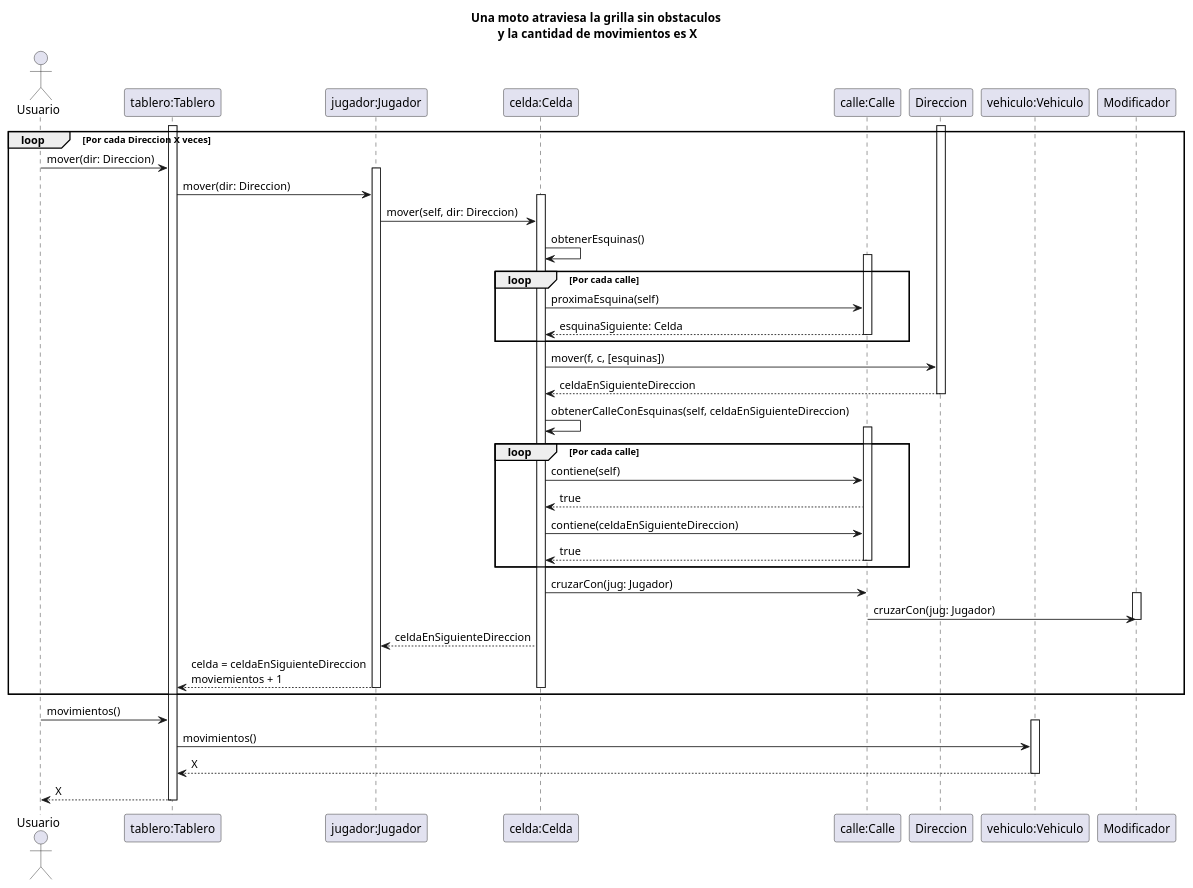
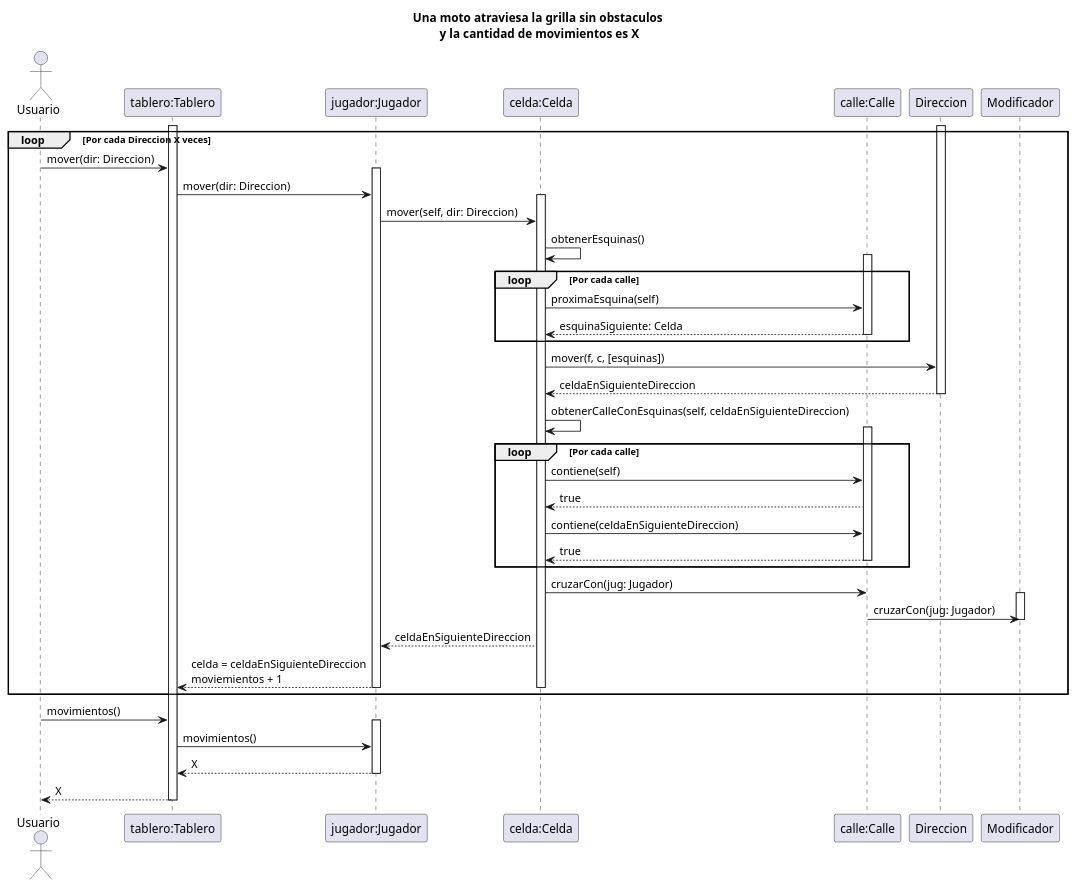
Before and after one commit to tomasayala/algo3_tp2_1C2022: the first of 3 diagrams in diagrams/classes/modelo_inicial/secuencia_ejemplo.plantuml, drawn with PlantUML. The commit also changed 10 other files, not shown here.

Commit message:
Se corrigen inconsistencias entre diagrama de clase y secuencia

```diff
--- a/diagrams/classes/modelo_inicial/secuencia_ejemplo.plantuml
+++ b/diagrams/classes/modelo_inicial/secuencia_ejemplo.plantuml
@@ -1,89 +1,88 @@
 @startuml sec-moto-atraviesa-grilla-sin-obs
 
 title Una moto atraviesa la grilla sin obstaculos\n y la cantidad de movimientos es X
 
 Actor Usuario as user
 participant "tablero:Tablero" as tablero
 participant "jugador:Jugador" as jugador
 participant "celda:Celda" as celda
 participant "calle:Calle" as calle
 participant "Direccion" as direccion
-participant "vehiculo:Vehiculo" as vehiculo
 participant "Modificador" as modificador
 
 activate tablero
 
 loop Por cada Direccion X veces
 
     user -> tablero: mover(dir: Direccion)
     
     activate jugador
     
     tablero -> jugador: mover(dir: Direccion)
 
     activate celda
 
     jugador -> celda: mover(self, dir: Direccion)
     celda -> celda: obtenerEsquinas()
 
     loop Por cada calle
         activate calle
 
         celda -> calle: proximaEsquina(self)
         calle --> celda: esquinaSiguiente: Celda
         
         deactivate calle
     end
 
     activate direccion
 
     celda -> direccion: mover(f, c, [esquinas])
     direccion --> celda: celdaEnSiguienteDireccion
 
     deactivate direccion
 
     celda -> celda: obtenerCalleConEsquinas(self, celdaEnSiguienteDireccion)
     
     loop Por cada calle
         activate calle
 
         celda -> calle: contiene(self)
         calle --> celda: true
         celda -> calle: contiene(celdaEnSiguienteDireccion)
         calle --> celda: true
 
         deactivate calle
     end
     
     activate calle
 
     celda -> calle: cruzarCon(jug: Jugador)
     
     activate modificador
     
     calle -> modificador: cruzarCon(jug: Jugador)
 
     deactivate modificador
     deactivate calle
 
     celda --> jugador: celdaEnSiguienteDireccion
     jugador --> tablero: celda = celdaEnSiguienteDireccion\nmoviemientos + 1
 
     deactivate celda
     deactivate jugador
 
 end
 
 
 user -> tablero: movimientos()
 
-activate vehiculo
-tablero -> vehiculo: movimientos()
-vehiculo --> tablero: X
-deactivate vehiculo
+activate jugador
+tablero -> jugador: movimientos()
+jugador --> tablero: X
+deactivate jugador
 
 tablero --> user: X
 
 deactivate tablero
 
 @enduml
```
